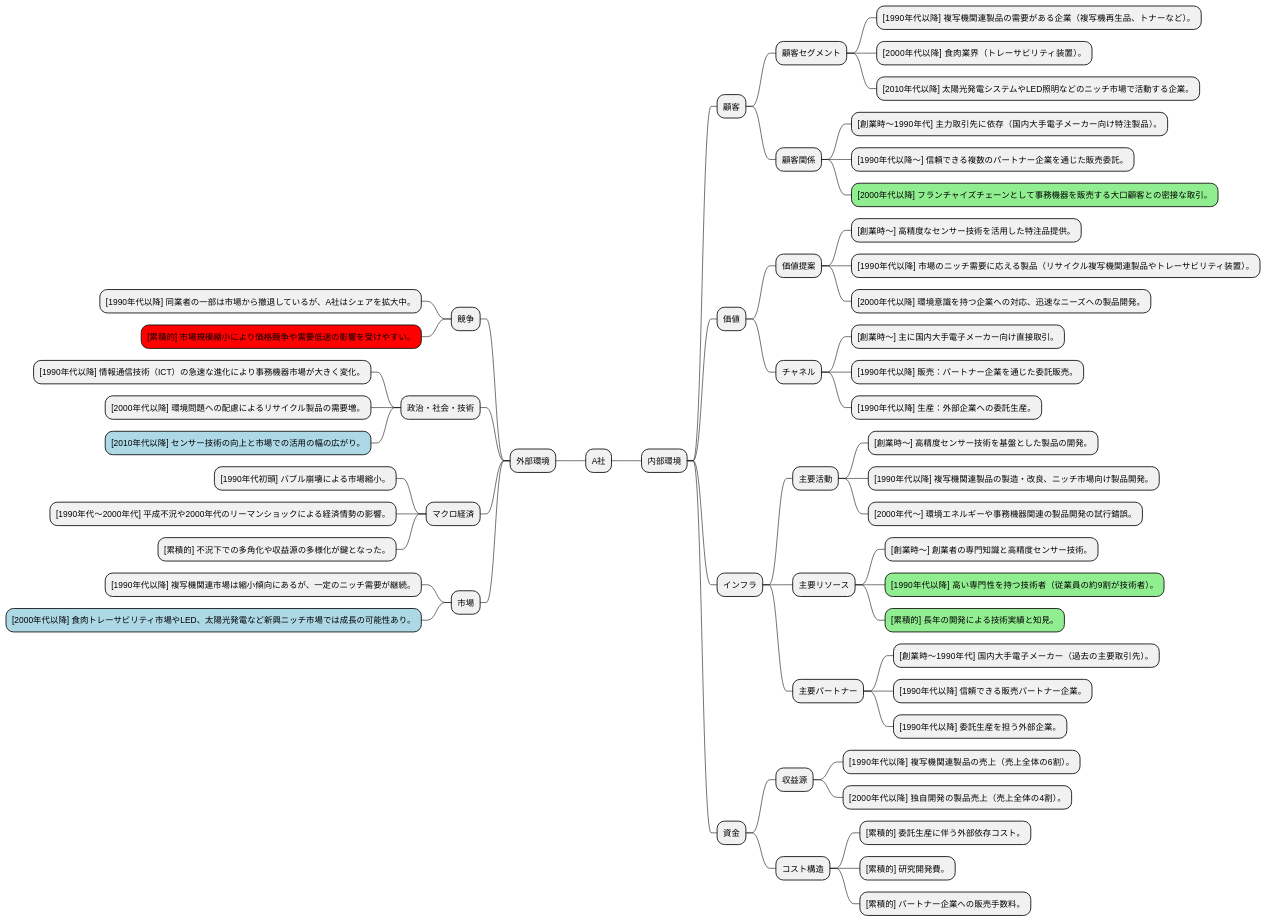
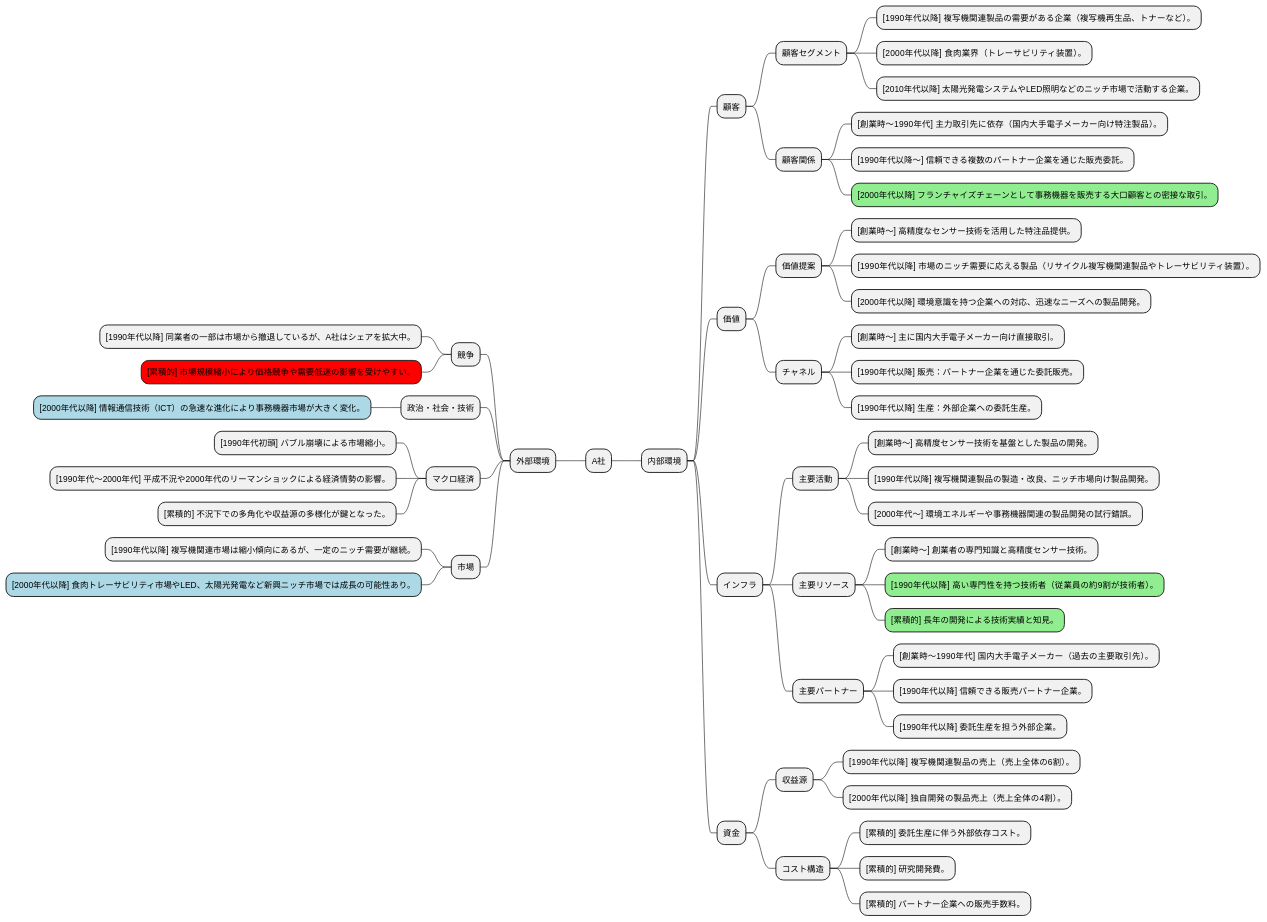
Before and after one commit to k2works/case-sutudy-business-analysis: the second of 19 diagrams in docs/case/h30_case_1.adoc, drawn with PlantUML. The commit also changed other lines of this file, not shown here.

```diff
--- a/docs/case/h30_case_1.adoc
+++ b/docs/case/h30_case_1.adoc
@@ -57,76 +57,74 @@
 [plantuml]
 ----
 @startmindmap
 
 * A社
 ** 内部環境
 *** 顧客
 **** 顧客セグメント
 ***** [1990年代以降] 複写機関連製品の需要がある企業（複写機再生品、トナーなど）。
 ***** [2000年代以降] 食肉業界（トレーサビリティ装置）。
 ***** [2010年代以降] 太陽光発電システムやLED照明などのニッチ市場で活動する企業。
 
 **** 顧客関係
 ***** [創業時～1990年代] 主力取引先に依存（国内大手電子メーカー向け特注製品）。
 ***** [1990年代以降～] 信頼できる複数のパートナー企業を通じた販売委託。
 *****[#lightgreen] [2000年代以降] フランチャイズチェーンとして事務機器を販売する大口顧客との密接な取引。
 
 *** 価値
 **** 価値提案
 ***** [創業時～] 高精度なセンサー技術を活用した特注品提供。
 ***** [1990年代以降] 市場のニッチ需要に応える製品（リサイクル複写機関連製品やトレーサビリティ装置）。
 ***** [2000年代以降] 環境意識を持つ企業への対応、迅速なニーズへの製品開発。
 
 **** チャネル
 ***** [創業時～] 主に国内大手電子メーカー向け直接取引。
 ***** [1990年代以降] 販売：パートナー企業を通じた委託販売。
 ***** [1990年代以降] 生産：外部企業への委託生産。
 
 *** インフラ
 **** 主要活動
 ***** [創業時～] 高精度センサー技術を基盤とした製品の開発。
 ***** [1990年代以降] 複写機関連製品の製造・改良、ニッチ市場向け製品開発。
 ***** [2000年代～] 環境エネルギーや事務機器関連の製品開発の試行錯誤。
 
 **** 主要リソース
 ***** [創業時～] 創業者の専門知識と高精度センサー技術。
 *****[#lightgreen] [1990年代以降] 高い専門性を持つ技術者（従業員の約9割が技術者）。
 *****[#lightgreen] [累積的] 長年の開発による技術実績と知見。
 
 **** 主要パートナー
 ***** [創業時～1990年代] 国内大手電子メーカー（過去の主要取引先）。
 ***** [1990年代以降] 信頼できる販売パートナー企業。
 ***** [1990年代以降] 委託生産を担う外部企業。
 
 *** 資金
 **** 収益源
 ***** [1990年代以降] 複写機関連製品の売上（売上全体の6割）。
 ***** [2000年代以降] 独自開発の製品売上（売上全体の4割）。
 
 **** コスト構造
 ***** [累積的] 委託生産に伴う外部依存コスト。
 ***** [累積的] 研究開発費。
 ***** [累積的] パートナー企業への販売手数料。
 
 left side
 ** 外部環境
 *** 競争
 **** [1990年代以降] 同業者の一部は市場から撤退しているが、A社はシェアを拡大中。
 ****[#red] [累積的] 市場規模縮小により価格競争や需要低迷の影響を受けやすい。
 
 *** 政治・社会・技術
-**** [1990年代以降] 情報通信技術（ICT）の急速な進化により事務機器市場が大きく変化。
-**** [2000年代以降] 環境問題への配慮によるリサイクル製品の需要増。
-****[#lightblue] [2010年代以降] センサー技術の向上と市場での活用の幅の広がり。
+****[#lightblue] [2000年代以降] 情報通信技術（ICT）の急速な進化により事務機器市場が大きく変化。
 
 *** マクロ経済
 **** [1990年代初頭] バブル崩壊による市場縮小。
 **** [1990年代～2000年代] 平成不況や2000年代のリーマンショックによる経済情勢の影響。
 **** [累積的] 不況下での多角化や収益源の多様化が鍵となった。
 
 *** 市場
 **** [1990年代以降] 複写機関連市場は縮小傾向にあるが、一定のニッチ需要が継続。
 ****[#lightblue] [2000年代以降] 食肉トレーサビリティ市場やLED、太陽光発電など新興ニッチ市場では成長の可能性あり。
 
 @endmindmap
 ----
```
